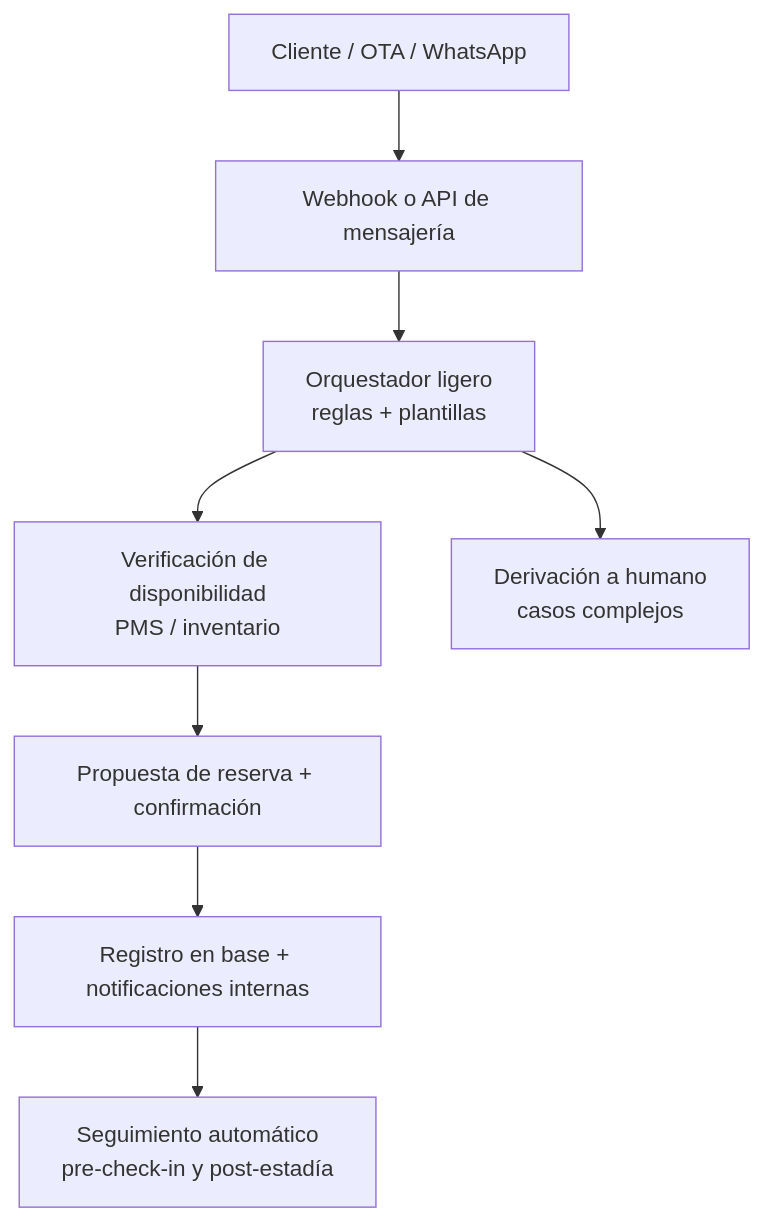
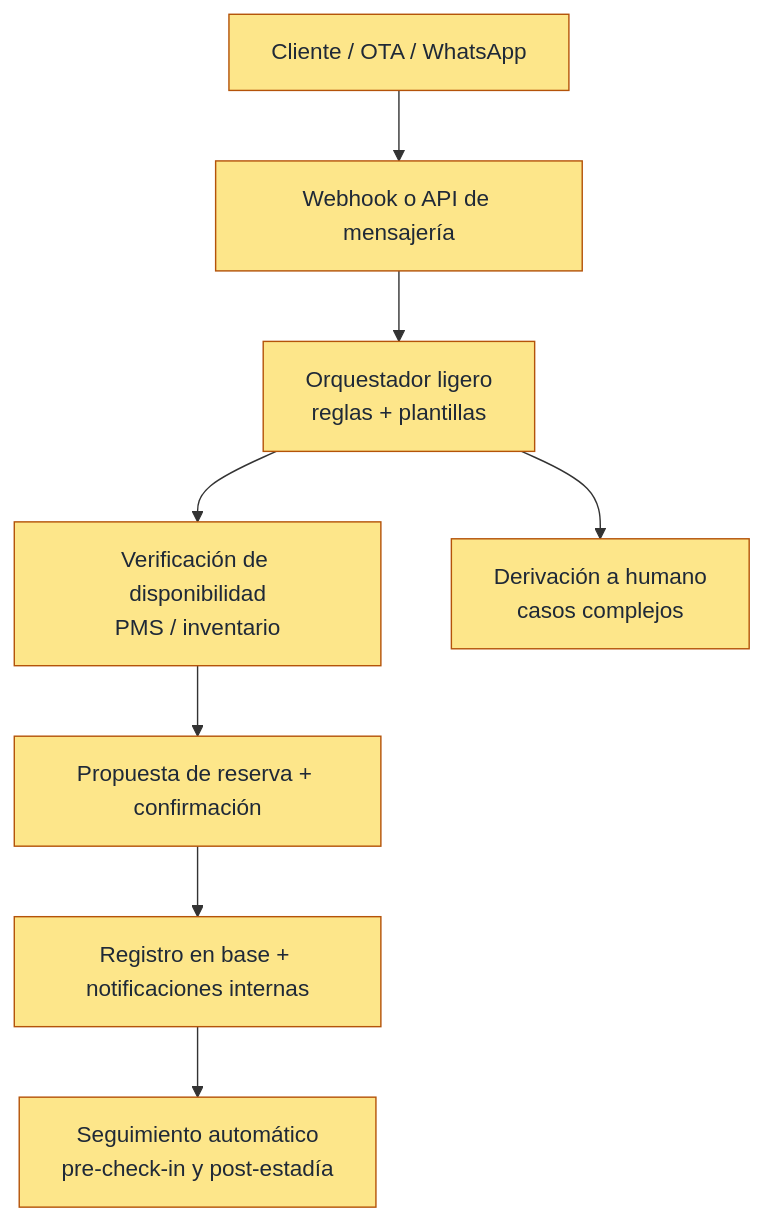
Before and after one commit to YasminGarcia1210/OLH-HOTEL-PROYECTO-M-A-MCD: the diagram in README.md, drawn with Mermaid.

Commit message:
Colorear diagrama Mermaid de etapa 0

````diff
--- a/README.md
+++ b/README.md
@@ -29,10 +29,13 @@
 ```mermaid
 flowchart TD
     A[Cliente / OTA / WhatsApp] --> B[Webhook o API de mensajería]
     B --> C[Orquestador ligero<br/>reglas + plantillas]
     C --> D[Verificación de disponibilidad<br/>PMS / inventario]
     D --> E[Propuesta de reserva + confirmación]
     E --> F[Registro en base + notificaciones internas]
     F --> G[Seguimiento automático<br/>pre-check-in y post-estadía]
     C --> H[Derivación a humano<br/>casos complejos]
+
+    classDef etapa0 fill:#FDE68A,stroke:#B45309,stroke-width:1px,color:#1F2937;
+    class A,B,C,D,E,F,G,H etapa0;
 ```
````
